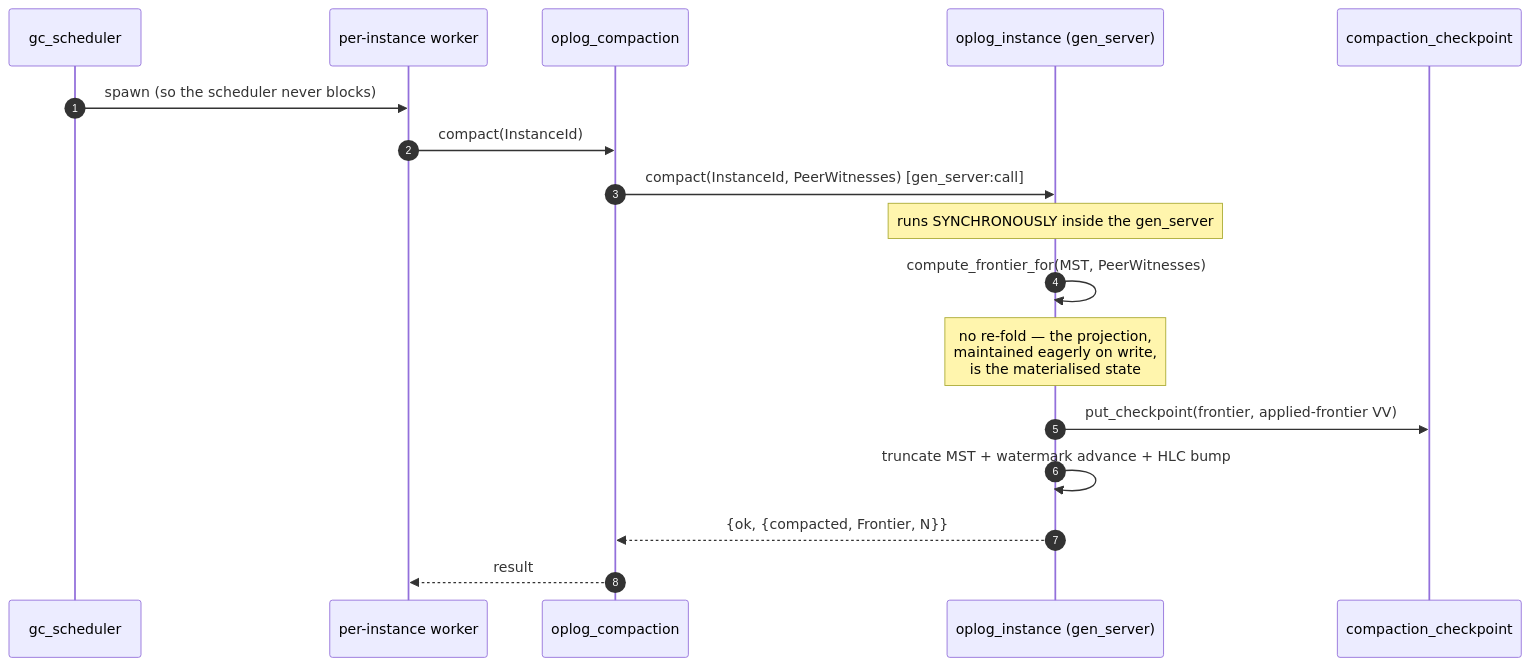
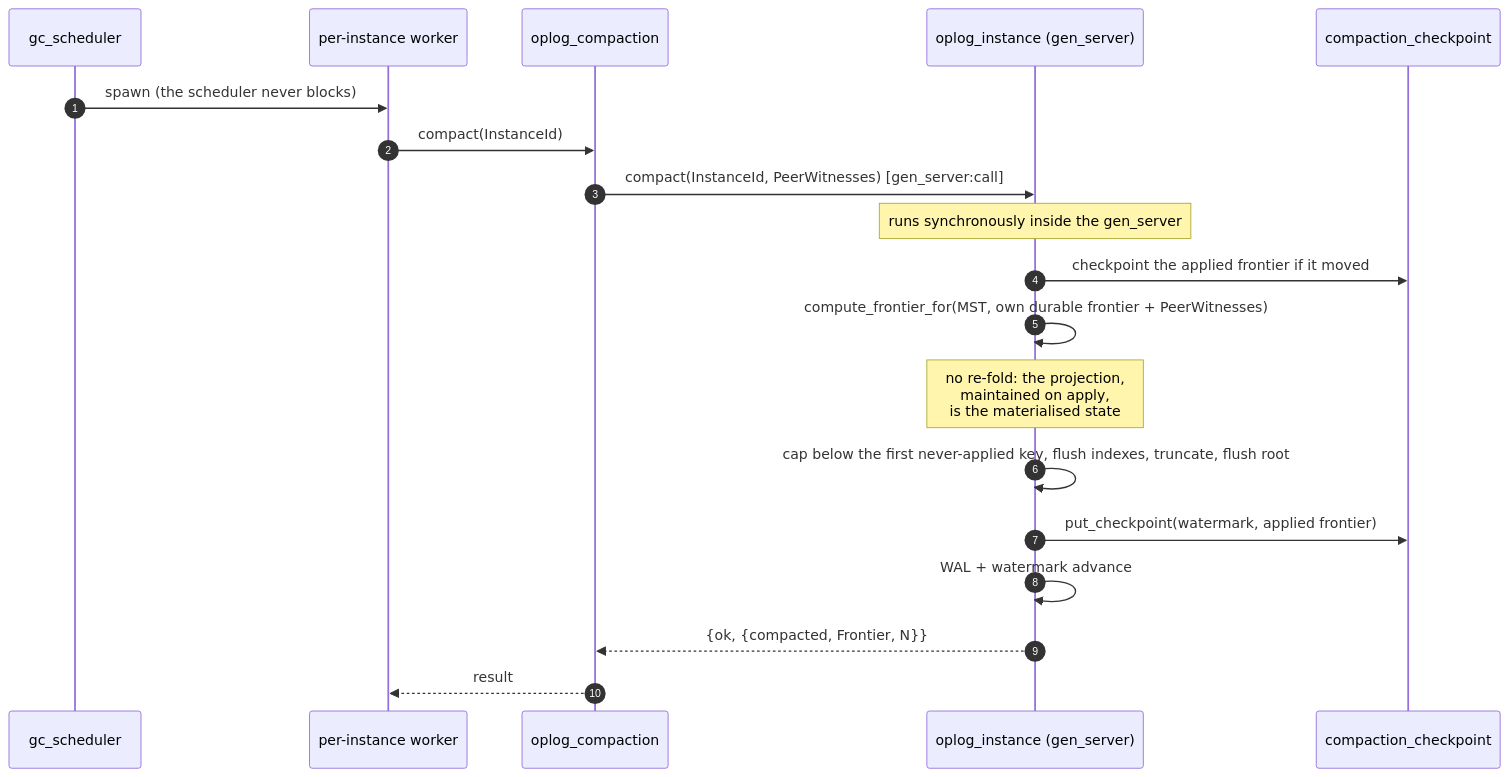
The fourth of 15 diagrams in apps/bondy_db/doc_extras/architecture/06_compaction_and_bootstrap.md (bondy-io/bondy), drawn with Mermaid before and after one commit. The commit also changed other lines of this file and 449 other files, not shown here.

````diff
--- a/apps/bondy_db/doc_extras/architecture/06_compaction_and_bootstrap.md
+++ b/apps/bondy_db/doc_extras/architecture/06_compaction_and_bootstrap.md
@@ -284,20 +195,22 @@
 ```mermaid
 sequenceDiagram
     autonumber
     participant Sched as gc_scheduler
     participant Worker as per-instance worker
     participant Comp as oplog_compaction
     participant Inst as oplog_instance (gen_server)
     participant CK as compaction_checkpoint
 
-    Sched->>Worker: spawn (so the scheduler never blocks)
+    Sched->>Worker: spawn (the scheduler never blocks)
     Worker->>Comp: compact(InstanceId)
     Comp->>Inst: compact(InstanceId, PeerWitnesses)  [gen_server:call]
-    Note over Inst: runs SYNCHRONOUSLY inside the gen_server
-    Inst->>Inst: compute_frontier_for(MST, PeerWitnesses)
-    Note over Inst: no re-fold — the projection,<br/>maintained eagerly on write,<br/>is the materialised state
-    Inst->>CK: put_checkpoint(frontier, applied-frontier VV)
-    Inst->>Inst: truncate MST + watermark advance + HLC bump
+    Note over Inst: runs synchronously inside the gen_server
+    Inst->>CK: checkpoint the applied frontier if it moved
+    Inst->>Inst: compute_frontier_for(MST, own durable frontier + PeerWitnesses)
+    Note over Inst: no re-fold: the projection,<br/>maintained on apply,<br/>is the materialised state
+    Inst->>Inst: cap below the first never-applied key, flush indexes, truncate, flush root
+    Inst->>CK: put_checkpoint(watermark, applied frontier)
+    Inst->>Inst: WAL + watermark advance
     Inst-->>Comp: {ok, {compacted, Frontier, N}}
     Comp-->>Worker: result
 ```
````
